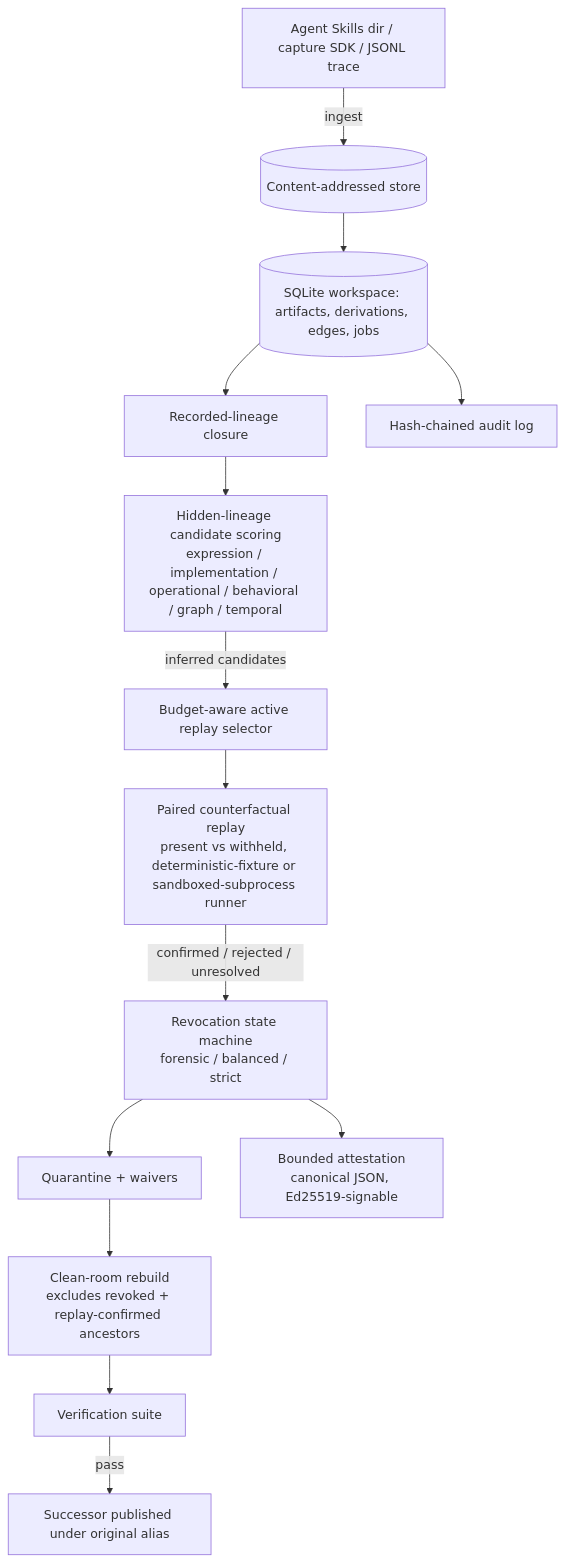
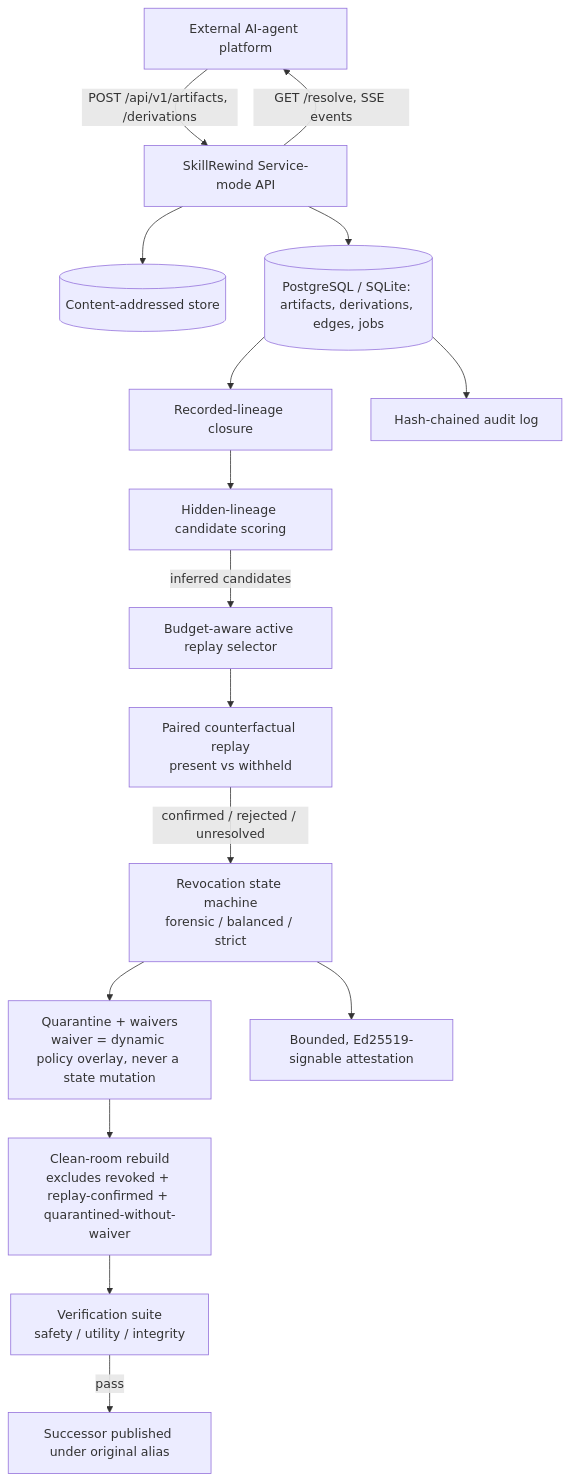
One commit to alanqoudif/SkillRewind changed the diagram in README.md. Above: the diagram before and after it, drawn with Mermaid. The commit also changed other lines of this file and 39 other files, not shown here.

````diff
--- a/README.md
+++ b/README.md
@@ -28,16 +63,18 @@
 ```mermaid
 flowchart TD
-    A[Agent Skills dir / capture SDK / JSONL trace] -->|ingest| B[(Content-addressed store)]
-    B --> C[(SQLite workspace: artifacts, derivations, edges, jobs)]
-    C --> D[Recorded-lineage closure]
-    D --> E[Hidden-lineage candidate scoring<br/>expression / implementation / operational / behavioral / graph / temporal]
-    E -->|inferred candidates| F[Budget-aware active replay selector]
-    F --> G[Paired counterfactual replay<br/>present vs withheld, deterministic-fixture or sandboxed-subprocess runner]
-    G -->|confirmed / rejected / unresolved| H[Revocation state machine<br/>forensic / balanced / strict]
-    H --> I[Quarantine + waivers]
-    I --> J[Clean-room rebuild<br/>excludes revoked + replay-confirmed ancestors]
-    J --> K[Verification suite]
-    K -->|pass| L[Successor published under original alias]
-    H --> M[Bounded attestation<br/>canonical JSON, Ed25519-signable]
-    C --> N[Hash-chained audit log]
+    P[External AI-agent platform] -->|"POST /api/v1/artifacts, /derivations"| API[SkillRewind Service-mode API]
+    API --> C[(Content-addressed store)]
+    API --> D[(PostgreSQL / SQLite: artifacts, derivations, edges, jobs)]
+    D --> E[Recorded-lineage closure]
+    E --> F[Hidden-lineage candidate scoring]
+    F -->|inferred candidates| G[Budget-aware active replay selector]
+    G --> H[Paired counterfactual replay<br/>present vs withheld]
+    H -->|confirmed / rejected / unresolved| I[Revocation state machine<br/>forensic / balanced / strict]
+    I --> J[Quarantine + waivers<br/>waiver = dynamic policy overlay, never a state mutation]
+    J --> K[Clean-room rebuild<br/>excludes revoked + replay-confirmed + quarantined-without-waiver]
+    K --> L[Verification suite<br/>safety / utility / integrity]
+    L -->|pass| M[Successor published under original alias]
+    I --> N[Bounded, Ed25519-signable attestation]
+    D --> O[Hash-chained audit log]
+    API -->|"GET /resolve, SSE events"| P
 ```
````
